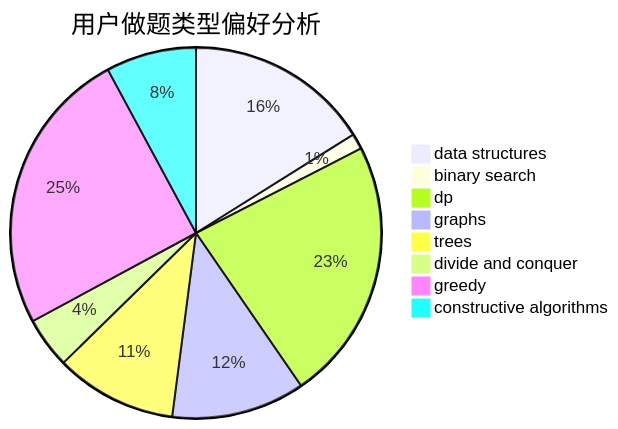
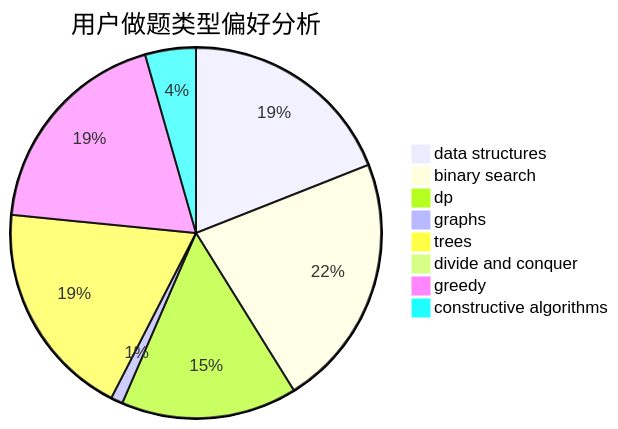
The second of 3 diagrams in docs/user/u1331.md (sherpahu/cfrs.github.io), drawn with Mermaid before and after one commit. The commit also changed other lines of this file and 2770 other files, not shown here.

````diff
--- a/docs/user/u1331.md
+++ b/docs/user/u1331.md
@@ -23,11 +23,11 @@
 ```mermaid
 pie title 用户做题类型偏好分析
-    "data structures" :  47
-    "binary search" :  4
-    "dp" :  67
-    "graphs" :  34
-    "trees" :  31
-    "divide and conquer" :  13
+    "data structures" :  73
+    "binary search" :  85
+    "dp" :  59
+    "graphs" :  4
+    "trees" :  73
+    "divide and conquer" :  0
     "greedy" :  73
-    "constructive algorithms" :  23
+    "constructive algorithms" :  17
 ```
````
